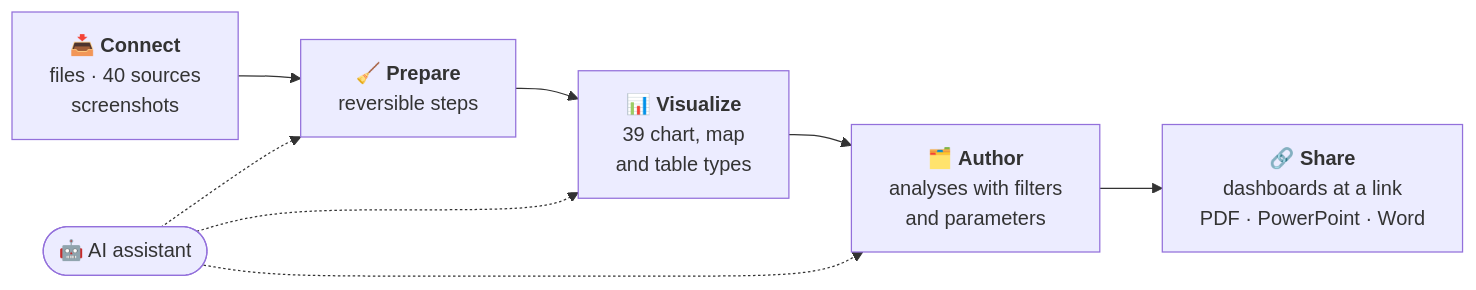
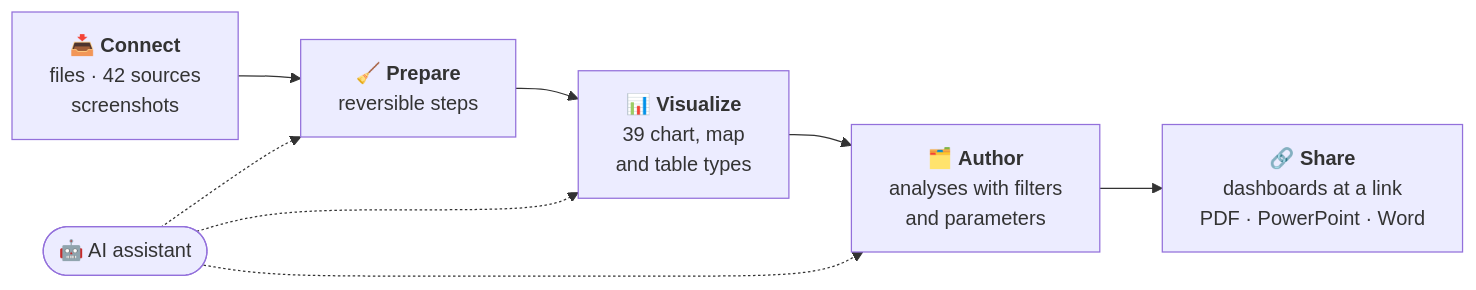
One commit to AshishB2000/ordinate changed the first of 2 diagrams in README.md. Above: the diagram before and after it, drawn with Mermaid. The commit also changed other lines of this file and 17 other files, not shown here.

````diff
--- a/README.md
+++ b/README.md
@@ -90,10 +90,10 @@
 ```mermaid
 flowchart LR
-  S["📥 <b>Connect</b><br/>files · 40 sources<br/>screenshots"] --> P["🧹 <b>Prepare</b><br/>reversible steps"]
+  S["📥 <b>Connect</b><br/>files · 42 sources<br/>screenshots"] --> P["🧹 <b>Prepare</b><br/>reversible steps"]
   P --> V["📊 <b>Visualize</b><br/>39 chart, map<br/>and table types"]
   V --> A["🗂️ <b>Author</b><br/>analyses with filters<br/>and parameters"]
   A --> D["🔗 <b>Share</b><br/>dashboards at a link<br/>PDF · PowerPoint · Word"]
   AI(["🤖 AI assistant"]) -.-> P
   AI -.-> V
   AI -.-> A
 ```
````
